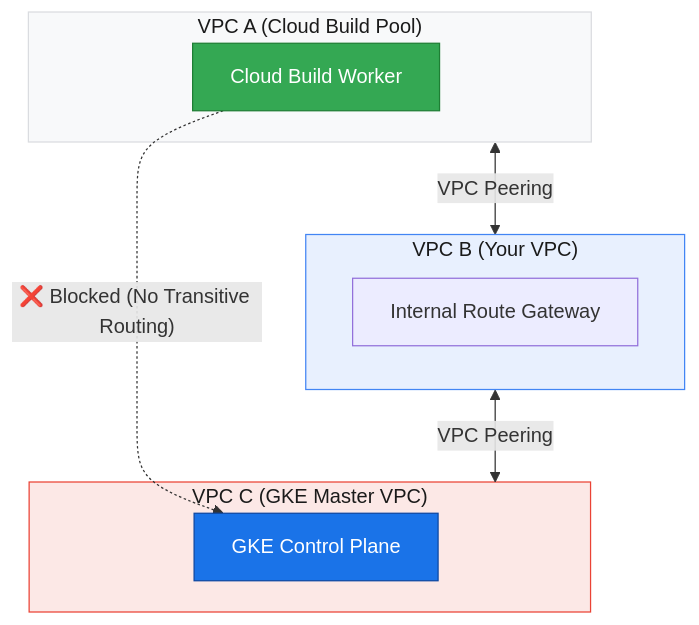
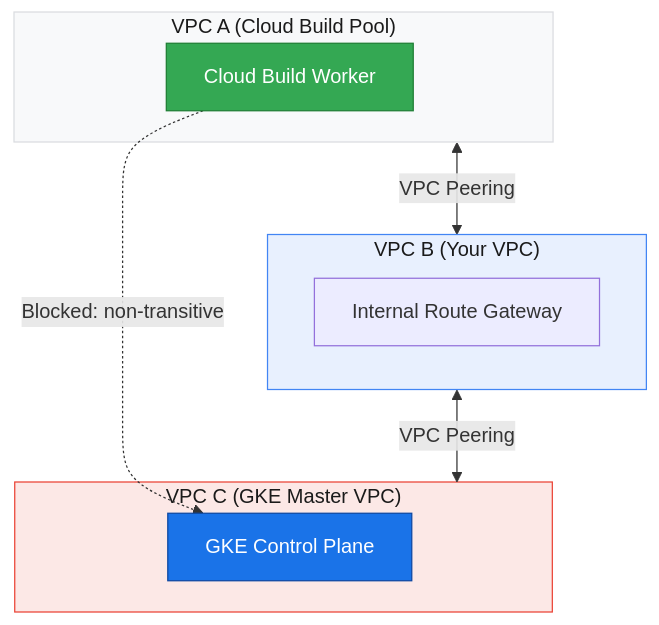
Before and after one commit to Rohit1024/portfolio: the first of 2 diagrams in src/content/blog/cicd-private-gke-dns/index.mdx, drawn with Mermaid. The commit also changed other lines of this file and 5 other files, not shown here.

````diff
--- a/src/content/blog/cicd-private-gke-dns/index.mdx
+++ b/src/content/blog/cicd-private-gke-dns/index.mdx
@@ -19,22 +20,22 @@
 ```mermaid
 graph TD
     subgraph VPCA ["VPC A (Cloud Build Pool)"]
         CB["Cloud Build Worker"]
     end
     subgraph VPCB ["VPC B (Your VPC)"]
         InternalIP["Internal Route Gateway"]
     end
     subgraph VPCC ["VPC C (GKE Master VPC)"]
         GKE["GKE Control Plane"]
     end
     
     VPCA <-->|"VPC Peering"| VPCB
     VPCB <-->|"VPC Peering"| VPCC
-    CB -.->|"❌ Blocked (No Transitive Routing)"| GKE
+    CB -.->|"Blocked: non-transitive"| GKE
     
     style VPCA fill:#F8F9FA,stroke:#DADCE0,color:#1a1a1a
     style VPCB fill:#E8F0FE,stroke:#4285F4,color:#1a1a1a
     style VPCC fill:#FCE8E6,stroke:#EA4335,color:#1a1a1a
     style CB fill:#34A853,stroke:#1E7E34,color:#fff
     style GKE fill:#1A73E8,stroke:#0D47A1,color:#fff
 ```
````
